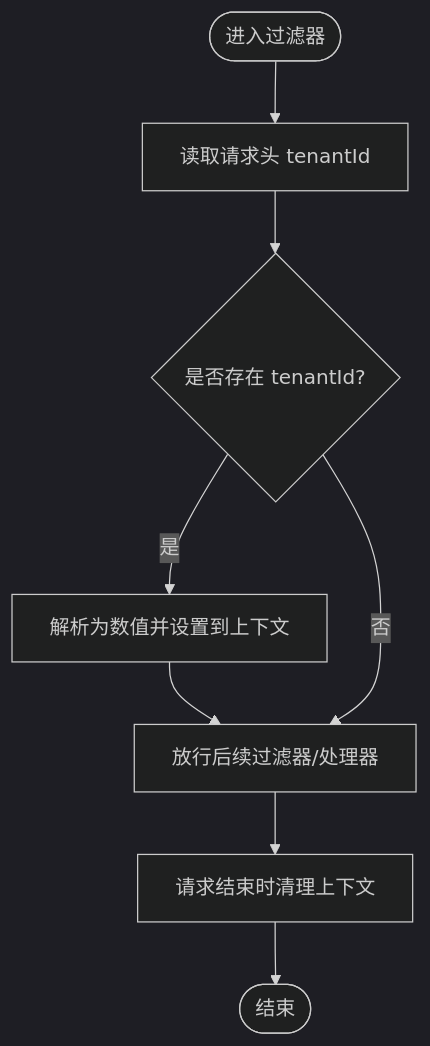
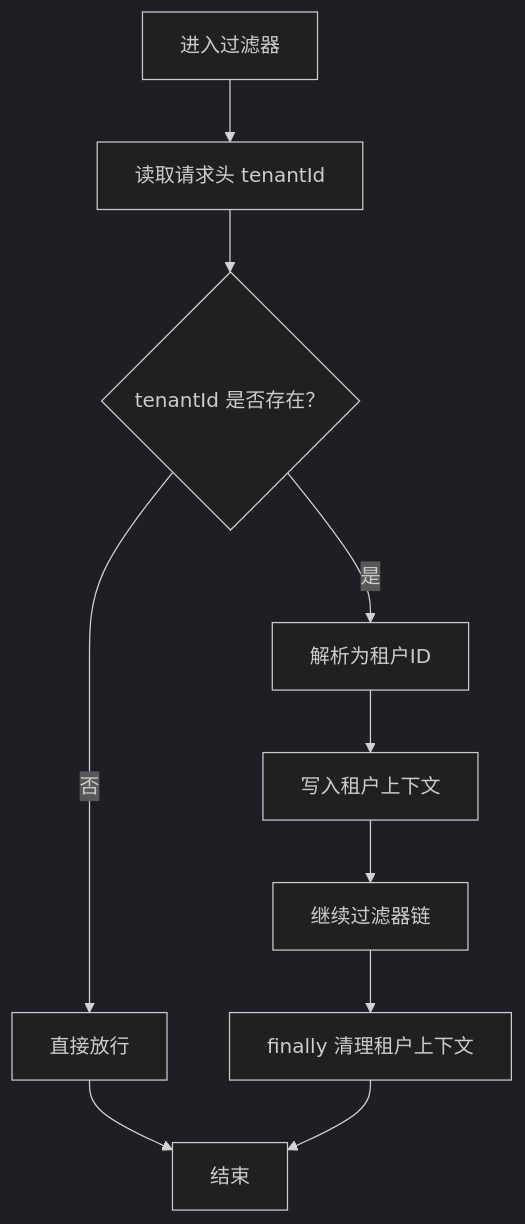
One commit to LiukewenSC/kewen-framework changed the fourth of 9 diagrams in .qoder/repowiki/zh/content/示例应用/多租户示例.md. Above: the diagram before and after it, drawn with Mermaid (dark theme). The commit also changed other lines of this file and 195 other files, not shown here.

````diff
--- a/.qoder/repowiki/zh/content/示例应用/多租户示例.md
+++ b/.qoder/repowiki/zh/content/示例应用/多租户示例.md
@@ -159,10 +161,12 @@
 ```mermaid
 flowchart TD
-Start(["进入过滤器"]) --> Read["读取请求头 tenantId"]
-Read --> Has{"是否存在 tenantId?"}
-Has --> |是| Parse["解析为数值并设置到上下文"]
-Parse --> Chain["放行后续过滤器/处理器"]
-Chain --> Clear["请求结束时清理上下文"]
-Clear --> End(["结束"])
-Has --> |否| Chain
+    Start["进入过滤器"] --> ReadHeader["读取请求头 tenantId"]
+    ReadHeader --> HasValue{"tenantId 是否存在？"}
+    HasValue -->|否| PassThrough["直接放行"]
+    HasValue -->|是| Parse["解析为租户ID"]
+    Parse --> SetContext["写入租户上下文"]
+    SetContext --> DoFilter["继续过滤器链"]
+    DoFilter --> Finally["finally 清理租户上下文"]
+    PassThrough --> End["结束"]
+    Finally --> End
 ```
````
